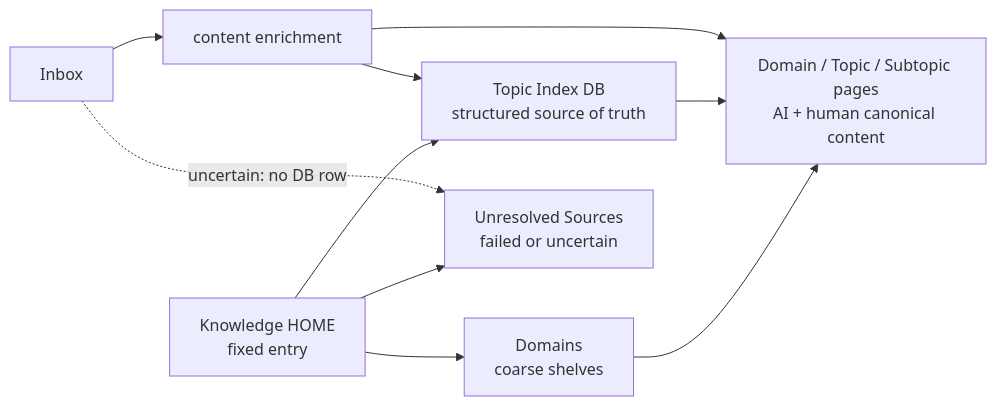
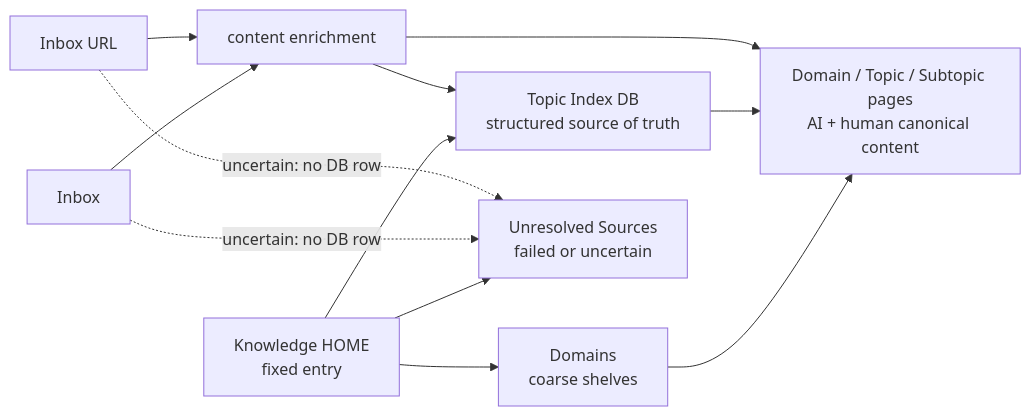
Before and after one commit to yoshiysh/claude-plugins: the second of 2 diagrams in .agents/skills/notion-organize-knowledge/references/knowledge-model.md, drawn with Mermaid. The commit also changed other lines of this file and 7 other files, not shown here.

Commit message:
Support URL-only Notion inbox processing

````diff
--- a/.agents/skills/notion-organize-knowledge/references/knowledge-model.md
+++ b/.agents/skills/notion-organize-knowledge/references/knowledge-model.md
@@ -93,12 +96,14 @@
 ```mermaid
 flowchart LR
   H["Knowledge HOME\nfixed entry"] --> T["Topic Index DB\nstructured source of truth"]
   H --> D["Domains\ncoarse shelves"]
   H --> R["Unresolved Sources\nfailed or uncertain"]
   I["Inbox"] --> E["content enrichment"]
+  L["Inbox URL"] --> E
   E --> T
   D --> TP["Domain / Topic / Subtopic pages\nAI + human canonical content"]
   T --> TP
   E --> TP
   I -. uncertain: no DB row .-> R
+  L -. uncertain: no DB row .-> R
 ```
````
